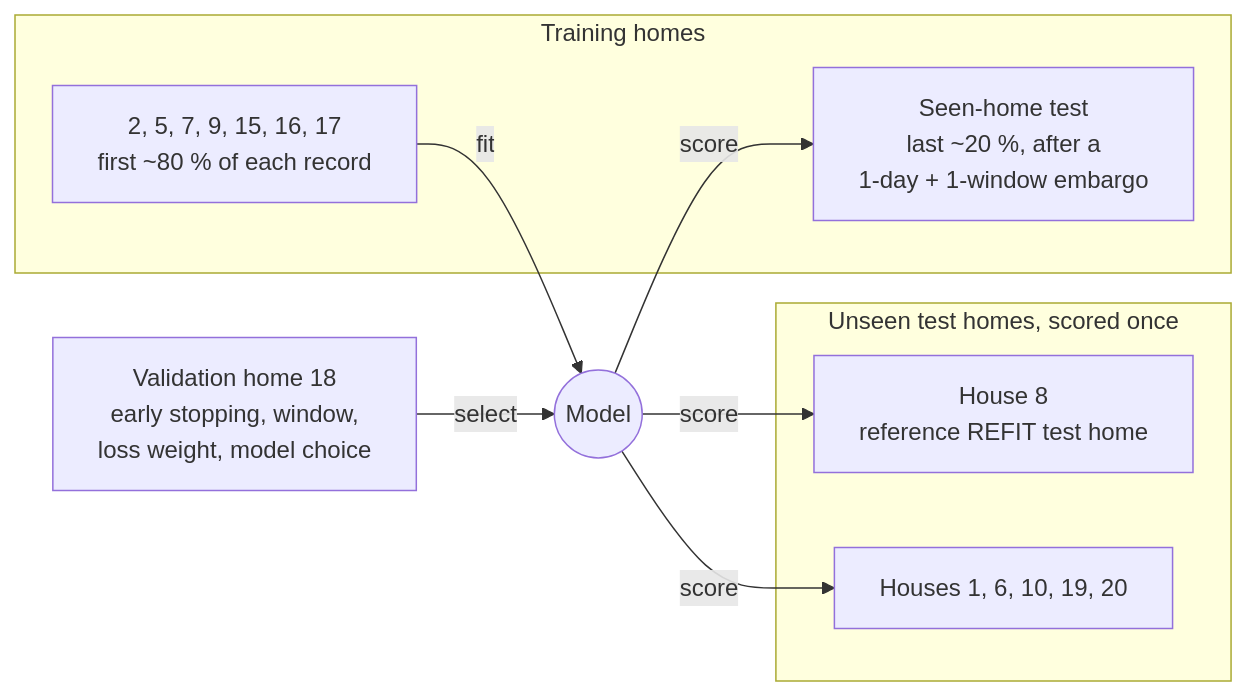
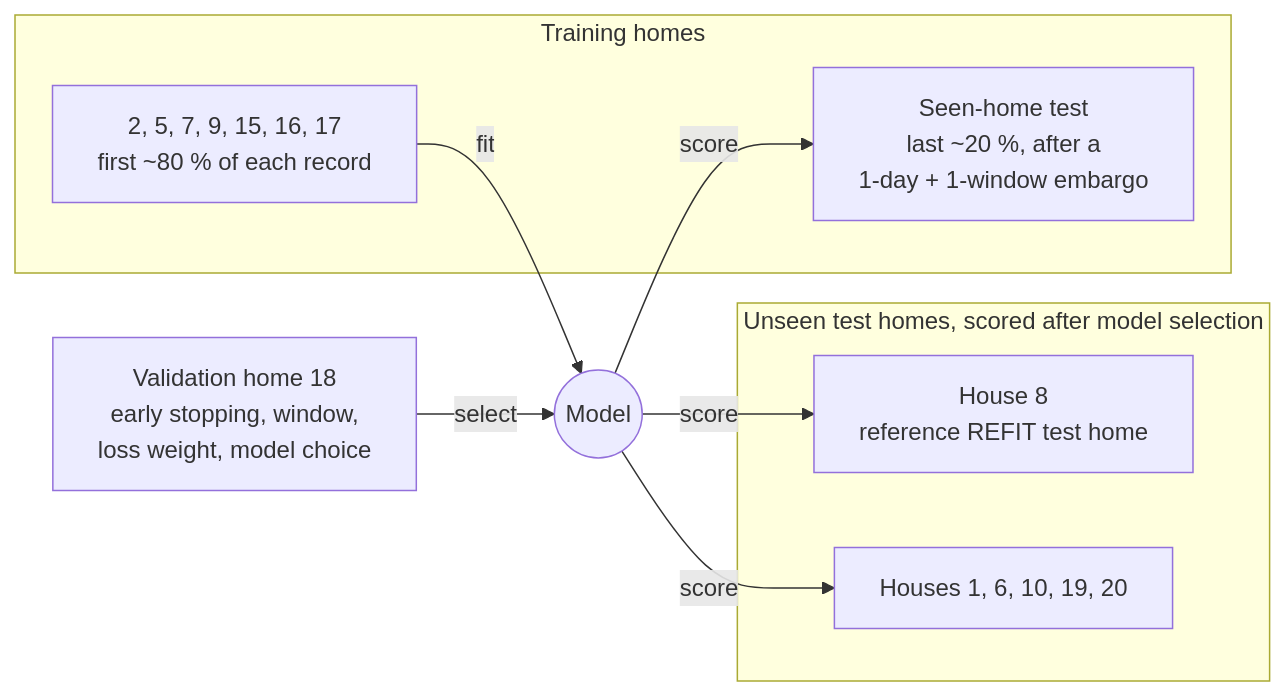
One commit to amit-badave-04/refit-nilm-pipeline changed the third of 6 diagrams in README.md. Above: the diagram before and after it, drawn with Mermaid. The commit also changed other lines of this file and 28 other files, not shown here.

````diff
--- a/README.md
+++ b/README.md
@@ -229,17 +231,17 @@
 ```mermaid
 flowchart LR
     subgraph Train["Training homes"]
         T["2, 5, 7, 9, 15, 16, 17<br/>first ~80 % of each record"]
         S["Seen-home test<br/>last ~20 %, after a<br/>1-day + 1-window embargo"]
     end
     V["Validation home 18<br/>early stopping, window,<br/>loss weight, model choice"]
-    subgraph Unseen["Unseen test homes, scored once"]
+    subgraph Unseen["Unseen test homes, scored after model selection"]
         H8["House 8<br/>reference REFIT test home"]
         X["Houses 1, 6, 10, 19, 20"]
     end
     T -->|fit| M(("Model"))
     V -->|select| M
     M -->|score| S
     M -->|score| H8
     M -->|score| X
 ```
````
